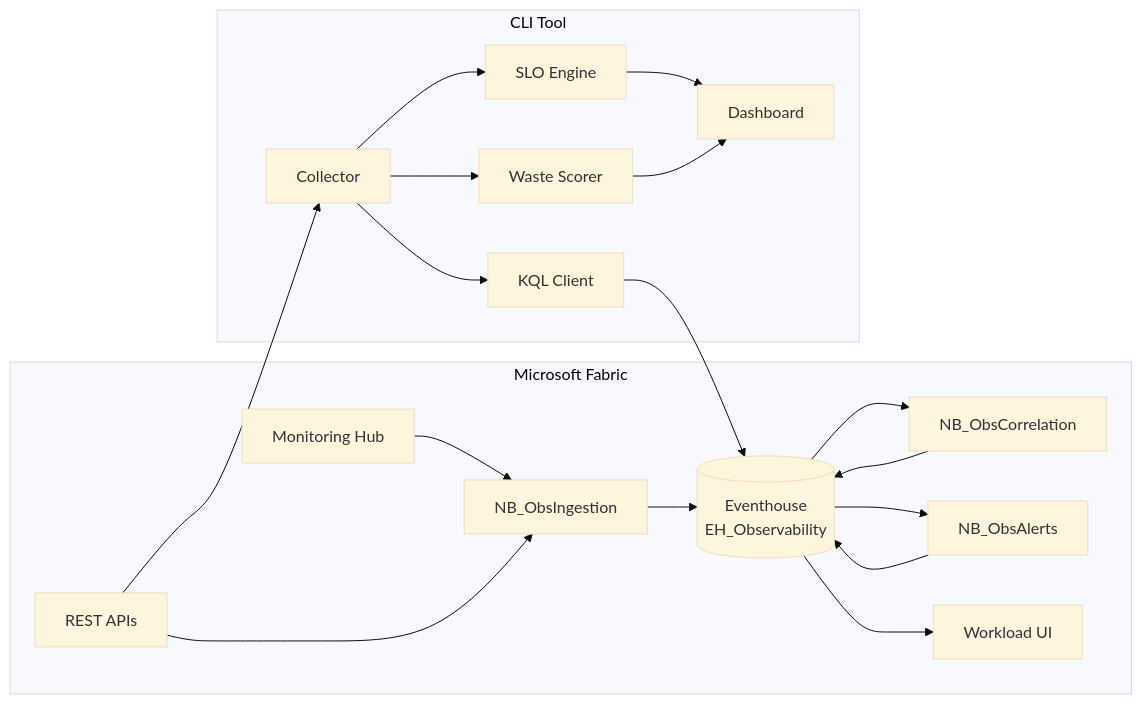
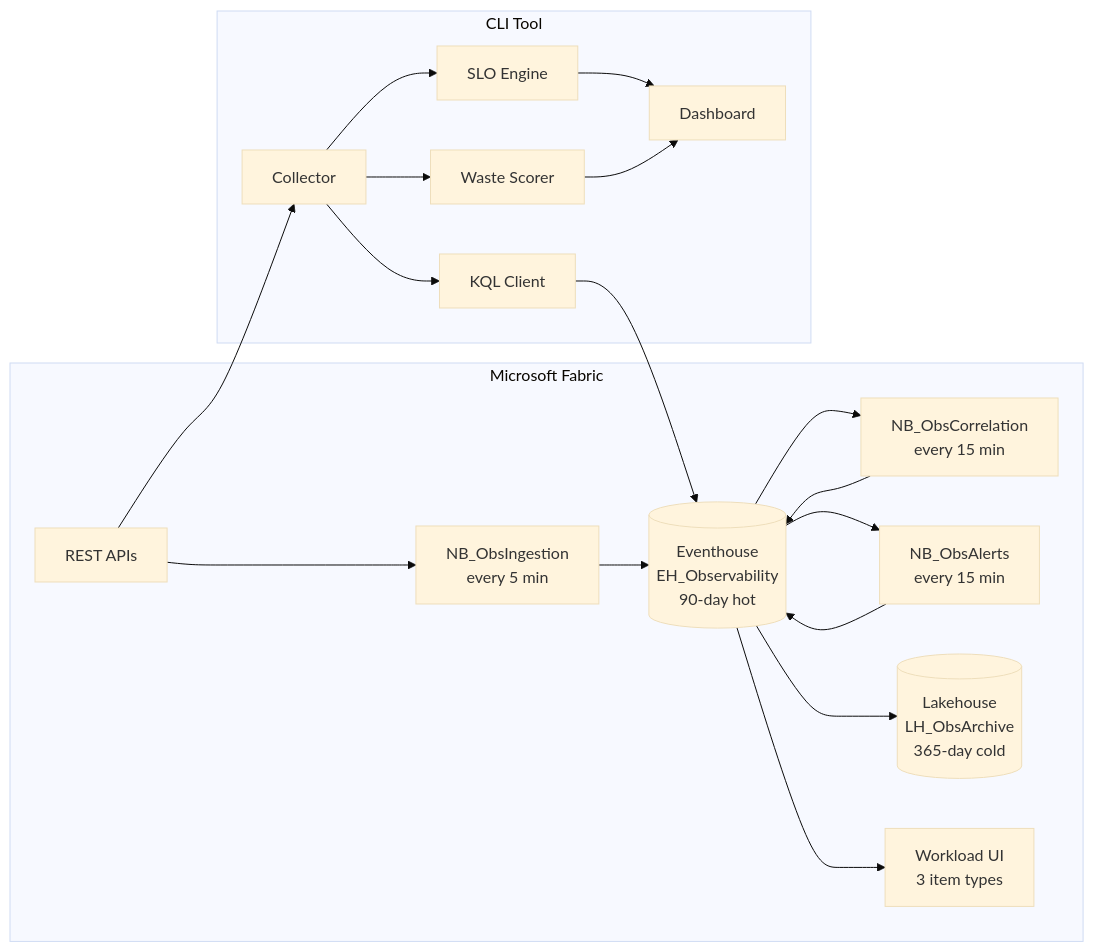
One commit to tenfingerseddy/FabricWorkloads changed the diagram in README.md. Above: the diagram before and after it, drawn with Mermaid (base theme). The commit also changed other lines of this file and 4 other files, not shown here.

````diff
--- a/README.md
+++ b/README.md
@@ -42,22 +76,22 @@
 ```mermaid
 flowchart LR
     subgraph Fabric["Microsoft Fabric"]
-        MH[Monitoring Hub] --> NB1[NB_ObsIngestion]
-        API[REST APIs] --> NB1
-        NB1 --> EH[(Eventhouse\nEH_Observability)]
-        EH --> NB2[NB_ObsCorrelation]
+        API[REST APIs] --> NB1[NB_ObsIngestion<br>every 5 min]
+        NB1 --> EH[(Eventhouse<br>EH_Observability<br>90-day hot)]
+        EH --> NB2[NB_ObsCorrelation<br>every 15 min]
         NB2 --> EH
-        EH --> NB3[NB_ObsAlerts]
+        EH --> NB3[NB_ObsAlerts<br>every 15 min]
         NB3 --> EH
-        EH --> WL[Workload UI]
+        EH --> LH[(Lakehouse<br>LH_ObsArchive<br>365-day cold)]
+        EH --> WL[Workload UI<br>3 item types]
     end
     subgraph CLI["CLI Tool"]
         COL[Collector] --> SLO[SLO Engine]
         COL --> WS[Waste Scorer]
         SLO --> DASH[Dashboard]
         WS --> DASH
         COL --> KQL[KQL Client]
         KQL --> EH
     end
     API --> COL
 ```
````
